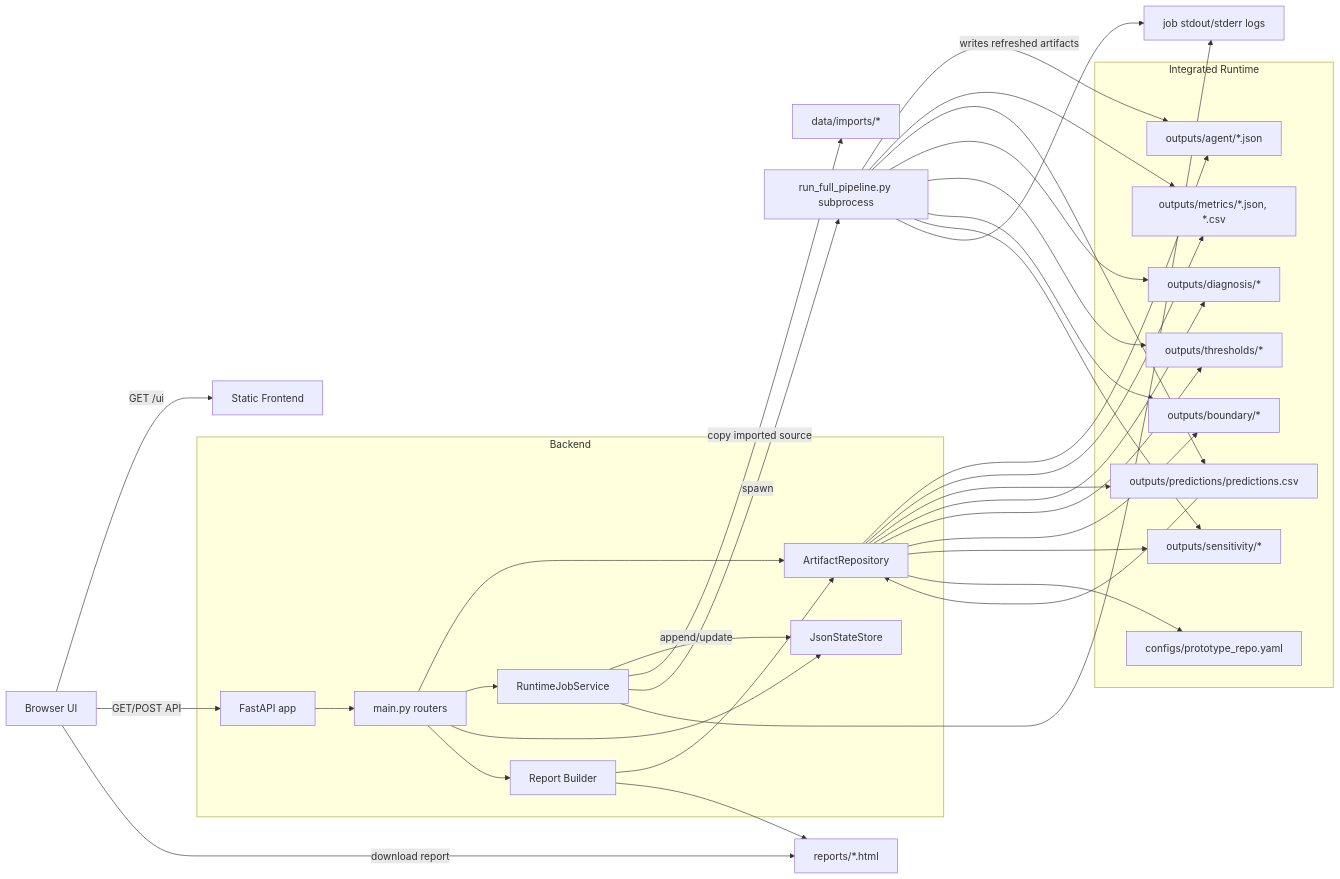
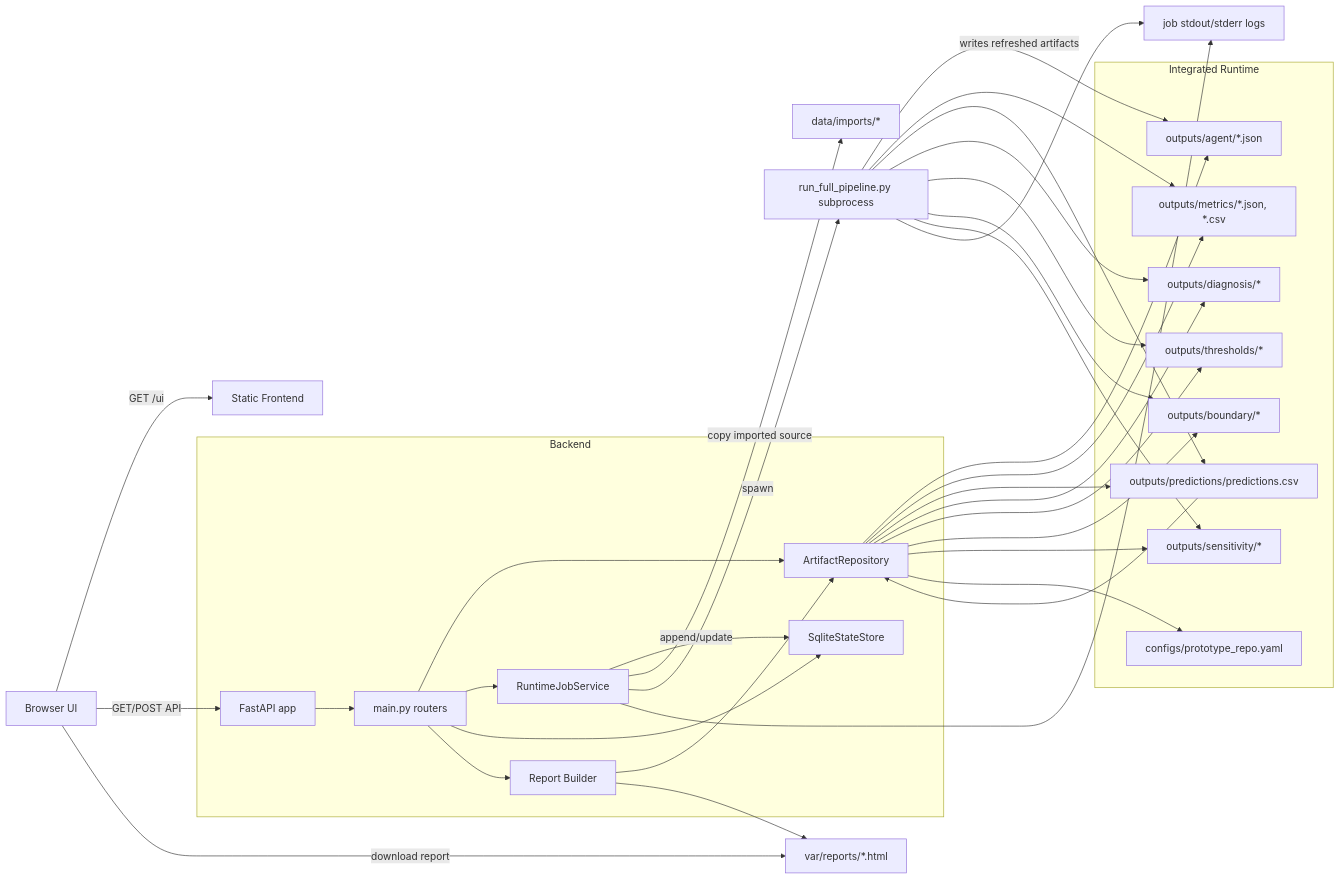
The first of 4 diagrams in docs/reviews/2026-06-05-engineering-review.md (SSSuperfriendly/WaterExpert), drawn with Mermaid before and after one commit. The commit also changed other lines of this file and 59 other files, not shown here.

````diff
--- a/docs/reviews/2026-06-05-engineering-review.md
+++ b/docs/reviews/2026-06-05-engineering-review.md
@@ -35,42 +39,42 @@
 ```mermaid
 flowchart LR
     U[Browser UI] -->|GET /ui| F[Static Frontend]
     U -->|GET/POST API| A[FastAPI app]
 
     subgraph Backend
       A --> M[main.py routers]
       M --> R[ArtifactRepository]
       M --> J[RuntimeJobService]
-      M --> S[JsonStateStore]
+      M --> S[SqliteStateStore]
       M --> B[Report Builder]
     end
 
     subgraph Integrated Runtime
       R --> O1[outputs/agent/*.json]
       R --> O2[outputs/metrics/*.json, *.csv]
       R --> O3[outputs/predictions/predictions.csv]
       R --> O4[outputs/diagnosis/*]
       R --> O5[outputs/thresholds/*]
       R --> O6[outputs/boundary/*]
       R --> O7[outputs/sensitivity/*]
       R --> C[configs/prototype_repo.yaml]
       O3 --> R
     end
 
     J -->|append/update| S
     J -->|copy imported source| I[data/imports/*]
     J -->|spawn| P[run_full_pipeline.py subprocess]
     P -->|writes refreshed artifacts| O1
     P --> O2
     P --> O3
     P --> O4
     P --> O5
     P --> O6
     P --> O7
     P --> L[job stdout/stderr logs]
     J --> L
 
     B --> R
-    B --> H[reports/*.html]
+    B --> H[var/reports/*.html]
     U -->|download report| H
 ```
````
